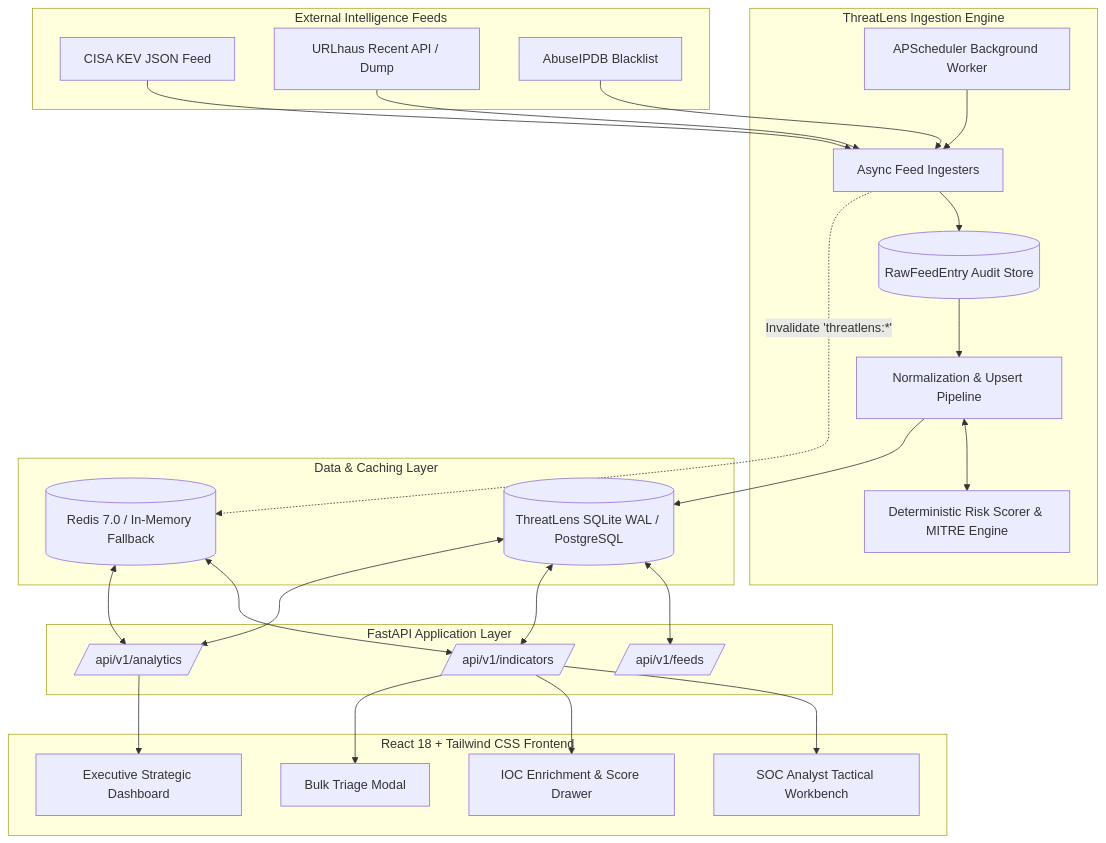
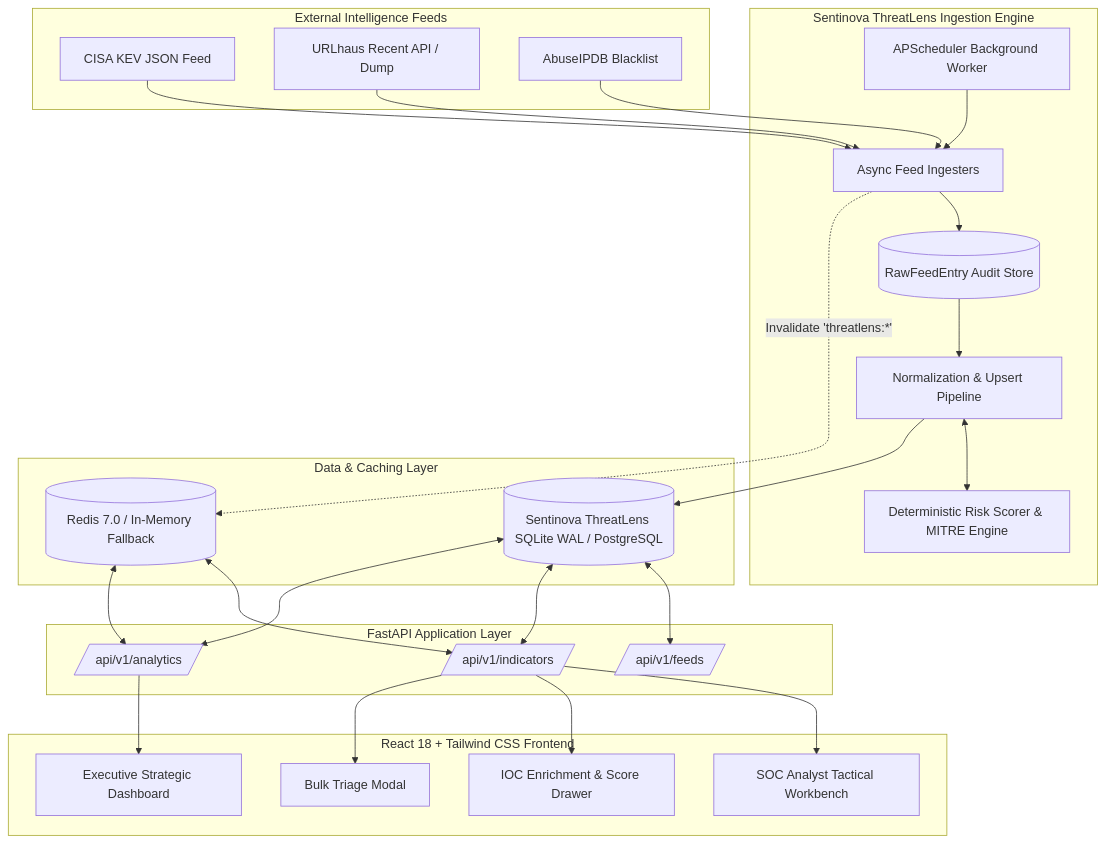
Before and after one commit to AbhiSha08/Sentinova-ThreatLens: the diagram in README.md, drawn with Mermaid. The commit also changed other lines of this file and 35 other files, not shown here.

Commit message:
refactor: rebrand ThreatLens to Sentinova ThreatLens across backend, frontend, and docs

````diff
--- a/README.md
+++ b/README.md
@@ -55,49 +55,49 @@
 ```mermaid
 flowchart TD
     subgraph ExternalFeeds[External Intelligence Feeds]
         CISA[CISA KEV JSON Feed]
         URLH[URLhaus Recent API / Dump]
         ABUSE[AbuseIPDB Blacklist]
     end
 
-    subgraph IngestionPipeline[ThreatLens Ingestion Engine]
+    subgraph IngestionPipeline[Sentinova ThreatLens Ingestion Engine]
         SCHED[APScheduler Background Worker]
         INGEST[Async Feed Ingesters]
         RAW[(RawFeedEntry Audit Store)]
         NORM[Normalization & Upsert Pipeline]
         SCORER[Deterministic Risk Scorer & MITRE Engine]
     end
 
     subgraph Storage[Data & Caching Layer]
-        DB[(ThreatLens SQLite WAL / PostgreSQL)]
+        DB[(Sentinova ThreatLens SQLite WAL / PostgreSQL)]
         REDIS[(Redis 7.0 / In-Memory Fallback)]
     end
 
     subgraph API[FastAPI Application Layer]
         ROUTER_F[/api/v1/feeds/]
         ROUTER_I[/api/v1/indicators/]
         ROUTER_A[/api/v1/analytics/]
     end
 
     subgraph UI[React 18 + Tailwind CSS Frontend]
         EXEC[Executive Strategic Dashboard]
         SOC[SOC Analyst Tactical Workbench]
         DRAWER[IOC Enrichment & Score Drawer]
         BULK[Bulk Triage Modal]
     end
 
     SCHED --> INGEST
     CISA & URLH & ABUSE --> INGEST
     INGEST --> RAW
     RAW --> NORM
     NORM <--> SCORER
     NORM --> DB
     INGEST -.->|Invalidate 'threatlens:*'| REDIS
 
     DB <--> ROUTER_F & ROUTER_I & ROUTER_A
     REDIS <--> ROUTER_I & ROUTER_A
 
     ROUTER_A --> EXEC
     ROUTER_I --> SOC
     ROUTER_I --> DRAWER & BULK
 ```
````
